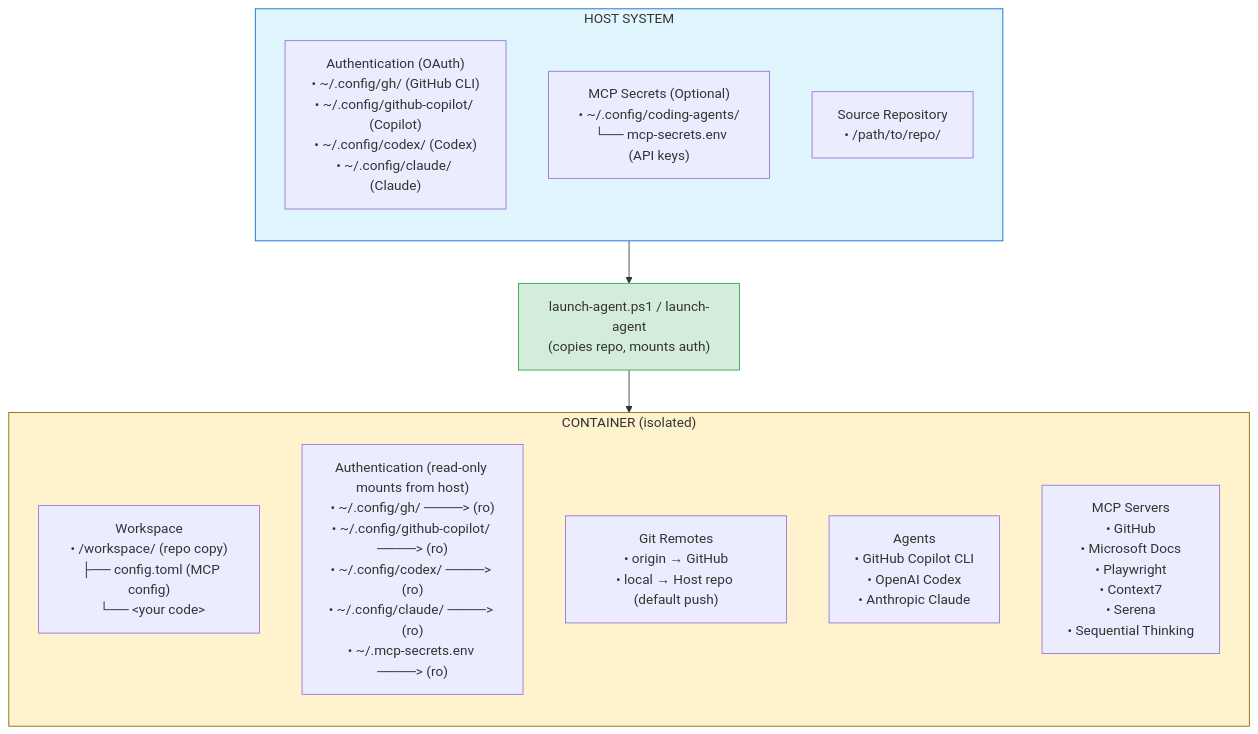
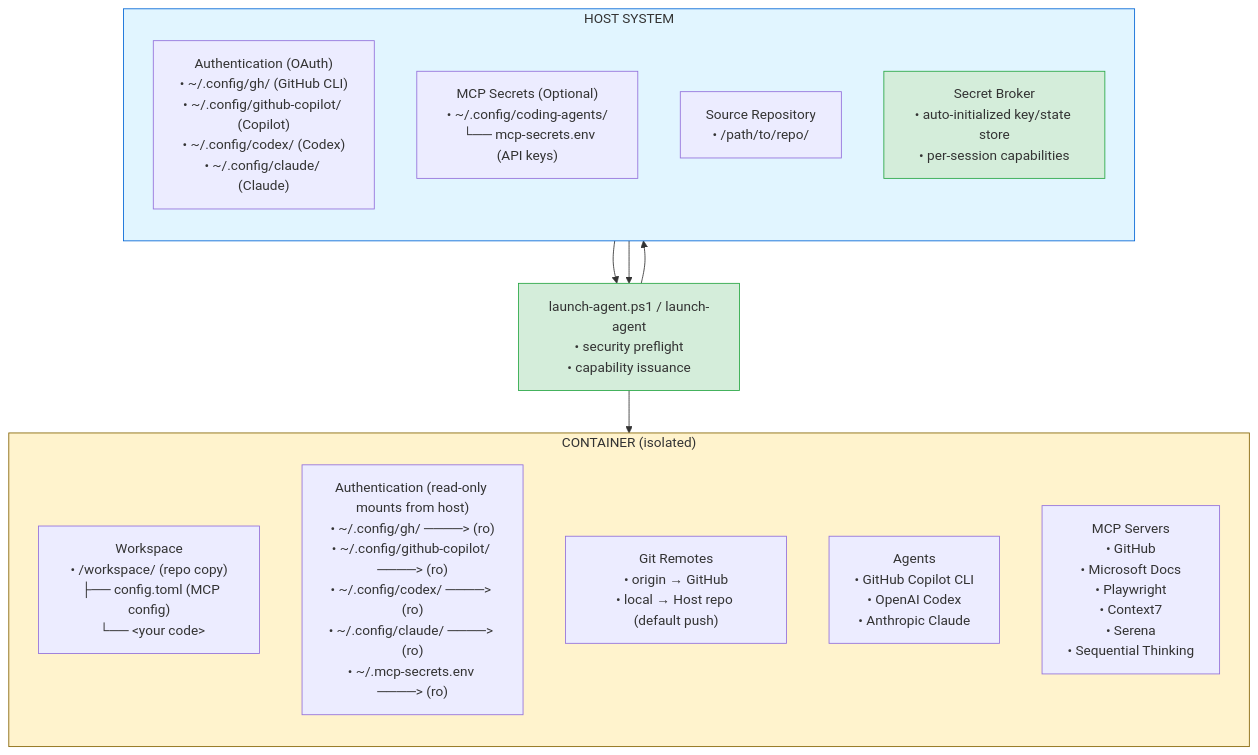
The first of 13 diagrams in docs/architecture.md (novotnyllc/ContainAI), drawn with Mermaid before and after one commit. The commit also changed other lines of this file and 16 other files, not shown here.

````diff
--- a/docs/architecture.md
+++ b/docs/architecture.md
@@ -15,31 +15,35 @@
 ```mermaid
 flowchart TB
     subgraph host["HOST SYSTEM"]
         direction TB
         auth["Authentication (OAuth)<br/>• ~/.config/gh/ (GitHub CLI)<br/>• ~/.config/github-copilot/ (Copilot)<br/>• ~/.config/codex/ (Codex)<br/>• ~/.config/claude/ (Claude)"]
         secrets["MCP Secrets (Optional)<br/>• ~/.config/coding-agents/<br/>  └── mcp-secrets.env (API keys)"]
         repo["Source Repository<br/>• /path/to/repo/"]
+        broker["Secret Broker<br/>• auto-initialized key/state store<br/>• per-session capabilities"]
     end
     
-    launcher["launch-agent.ps1 / launch-agent<br/>(copies repo, mounts auth)"]
+    launcher["launch-agent.ps1 / launch-agent<br/>• security preflight<br/>• capability issuance"]
     
     subgraph container["CONTAINER (isolated)"]
         direction TB
         workspace["Workspace<br/>• /workspace/ (repo copy)<br/>  ├── config.toml (MCP config)<br/>  └── &lt;your code&gt;"]
         
         container_auth["Authentication (read-only mounts from host)<br/>• ~/.config/gh/ ────> (ro)<br/>• ~/.config/github-copilot/ ────> (ro)<br/>• ~/.config/codex/ ────> (ro)<br/>• ~/.config/claude/ ────> (ro)<br/>• ~/.mcp-secrets.env ────> (ro)"]
         
         git["Git Remotes<br/>• origin → GitHub<br/>• local → Host repo (default push)"]
         
         agents["Agents<br/>• GitHub Copilot CLI<br/>• OpenAI Codex<br/>• Anthropic Claude"]
         
         mcp["MCP Servers<br/>• GitHub<br/>• Microsoft Docs<br/>• Playwright<br/>• Context7<br/>• Serena<br/>• Sequential Thinking"]
     end
     
     host --> launcher
+    launcher --> broker
+    broker --> launcher
     launcher --> container
     
     style host fill:#e1f5ff,stroke:#0366d6
     style container fill:#fff3cd,stroke:#856404
     style launcher fill:#d4edda,stroke:#28a745
+    style broker fill:#d4edda,stroke:#28a745
 ```
````
